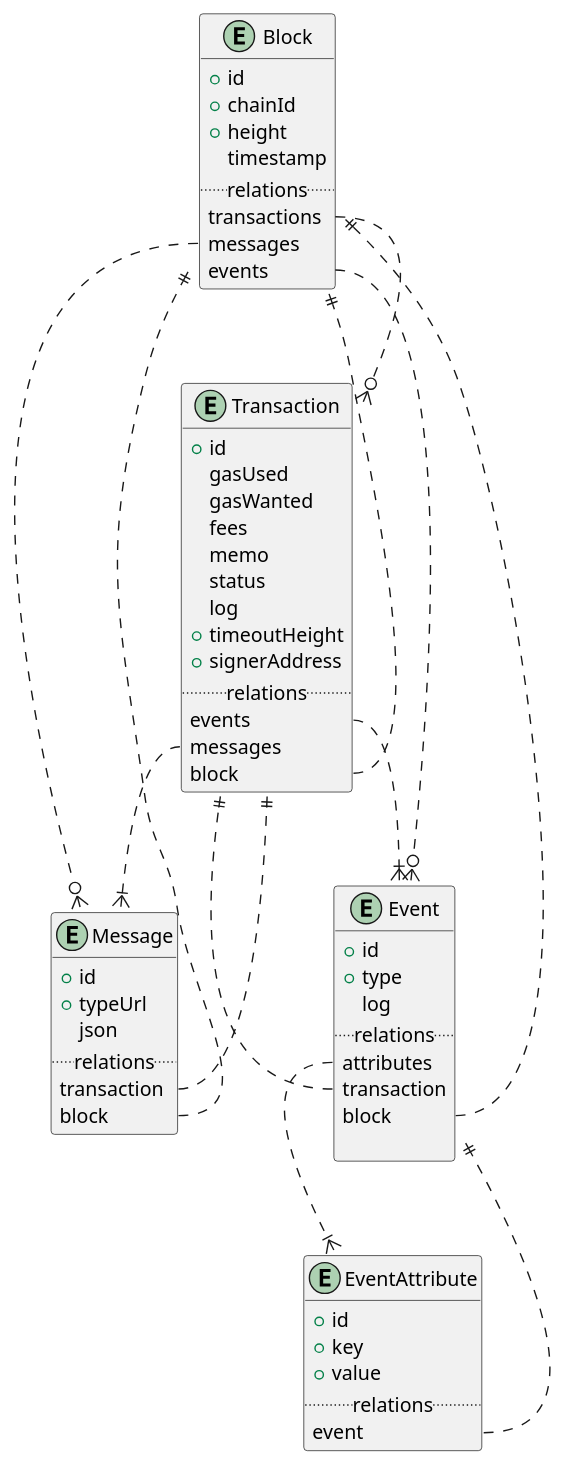
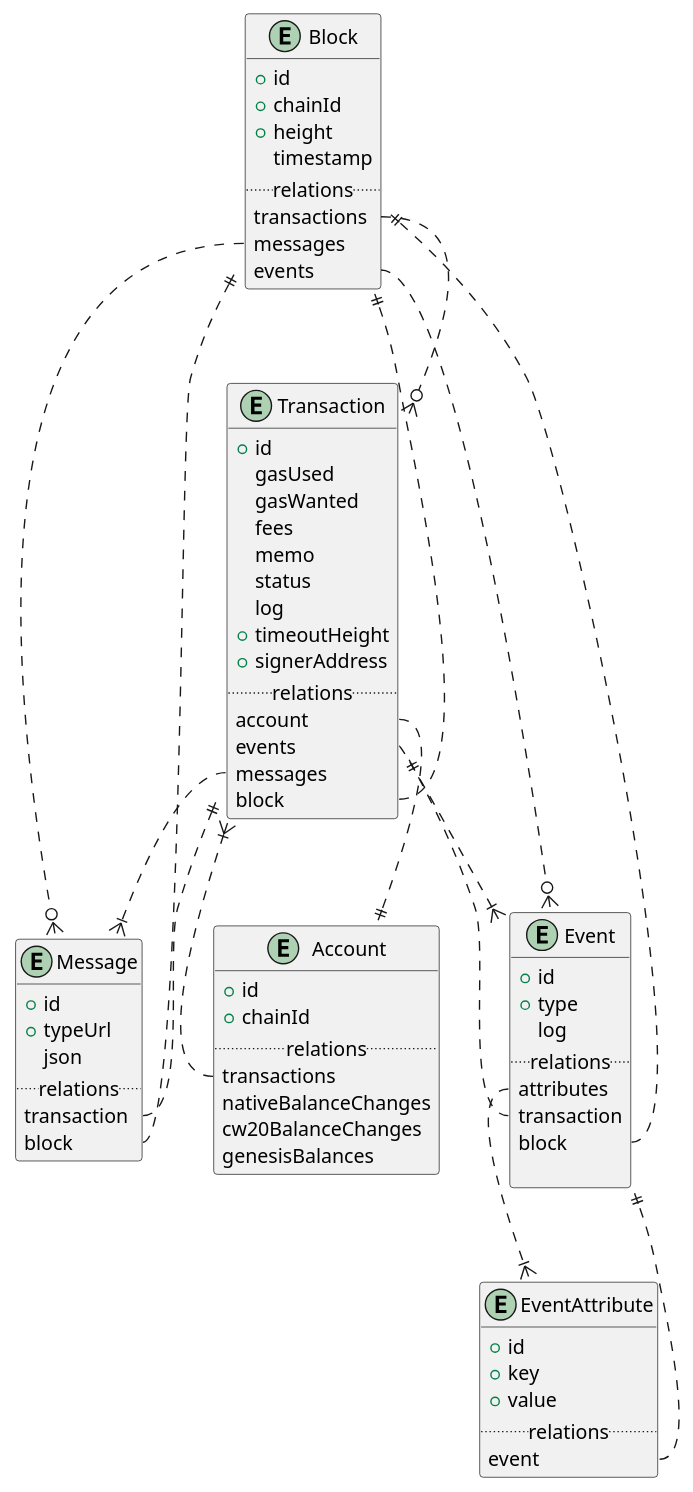
Before and after one commit to jiqiang90/ledger-subquery: the diagram in docs/assets/entities_api.puml, drawn with PlantUML. The commit also changed 2 other files, not shown here.

Commit message:
docs: add account primitive

```diff
--- a/docs/assets/entities_api.puml
+++ b/docs/assets/entities_api.puml
@@ -1,74 +1,88 @@
 @startuml
 entity Block {
   +id
   +chainId
   +height
   timestamp
   ..relations..
   transactions
   messages
   events
 }
 
 entity Transaction {
   +id
   gasUsed
   gasWanted
   fees
   memo
   status
   log
   +timeoutHeight
   +signerAddress
   ..relations..
+  account
   events
   messages
   block
 }
 
 entity Message {
   +id
   +typeUrl
   json
   ..relations..
   transaction
   block
 }
 
 entity Event {
   +id
   +type
   log
   ..relations..
   attributes
   transaction
   block
 
 }
 
 entity EventAttribute {
   +id
   +key
   +value
   ..relations..
   event
 }
 
+entity Account {
+    +id
+    +chainId
+    ..relations..
+    transactions
+    nativeBalanceChanges
+    cw20BalanceChanges
+    genesisBalances
+}
+
 
 Block::transaction ..o{ Transaction
 Block::messages ..o{ Message
 Block::events ..o{ Event
 
+Transaction::account ..|| Account
 Transaction::events ..|{ Event
 Transaction::messages ..|{ Message
 Transaction::block ..|| Block
+
+Account::transaction ..|{ Transaction
 
 Message::transaction ..|| Transaction
 Message::block ...|| Block
 
 Event::attributes ..|{ EventAttribute
 Event::transaction ..|| Transaction
 Event::block ..|| Block
 
 EventAttribute::event ..|| Event
 @enduml
```
